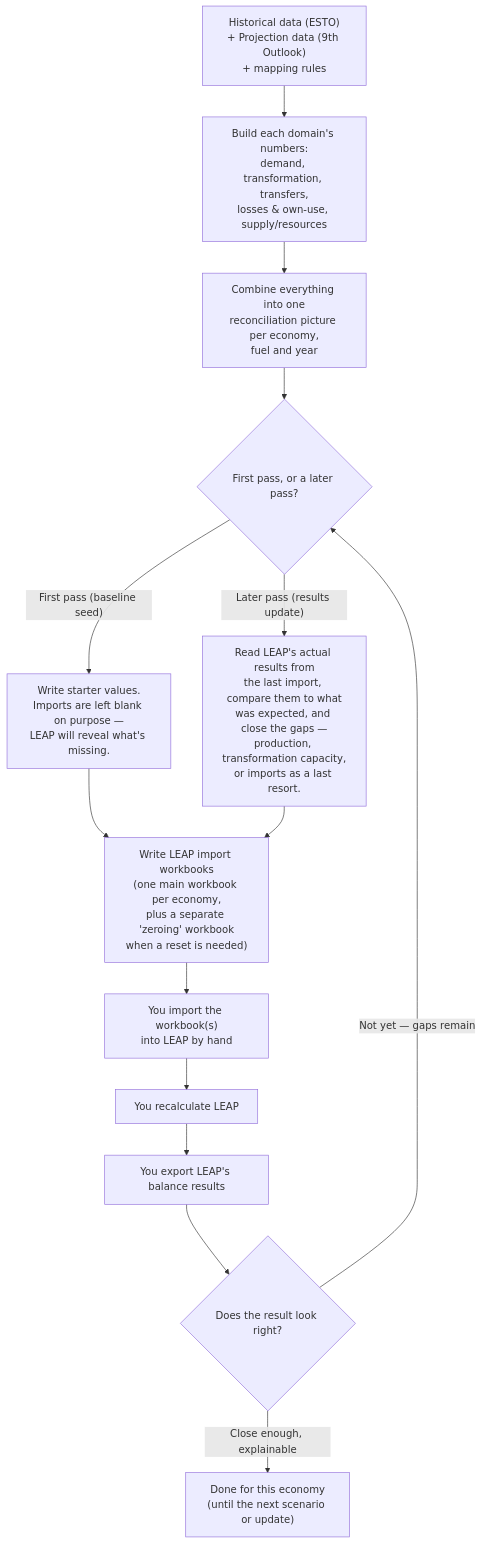
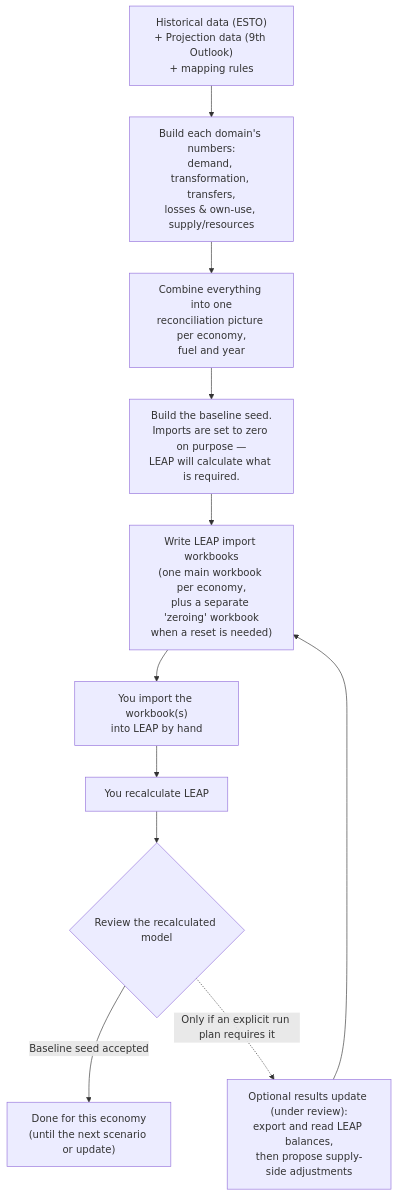
One commit to asia-pacific-energy-research-centre/leap_initialisation changed the diagram in docs/process_map_human.md. Above: the diagram before and after it, drawn with Mermaid. The commit also changed other lines of this file and 14 other files, not shown here.

First line of the commit message:
codex: clarify baseline-seed documentation

````diff
--- a/docs/process_map_human.md
+++ b/docs/process_map_human.md
@@ -40,16 +42,13 @@
 ```mermaid
 flowchart TD
     A["Historical data (ESTO)<br/>+ Projection data (9th Outlook)<br/>+ mapping rules"] --> B["Build each domain's numbers:<br/>demand, transformation, transfers,<br/>losses & own-use, supply/resources"]
     B --> C["Combine everything into one<br/>reconciliation picture per economy,<br/>fuel and year"]
-    C --> D{"First pass, or a later pass?"}
-    D -->|"First pass (baseline seed)"| E["Write starter values.<br/>Imports are left blank on purpose —<br/>LEAP will reveal what's missing."]
-    D -->|"Later pass (results update)"| F["Read LEAP's actual results from<br/>the last import, compare them to what<br/>was expected, and close the gaps —<br/>production, transformation capacity,<br/>or imports as a last resort."]
+    C --> E["Build the baseline seed.<br/>Imports are set to zero on purpose —<br/>LEAP will calculate what is required."]
     E --> G["Write LEAP import workbooks<br/>(one main workbook per economy,<br/>plus a separate 'zeroing' workbook<br/>when a reset is needed)"]
-    F --> G
     G --> H["You import the workbook(s)<br/>into LEAP by hand"]
     H --> I["You recalculate LEAP"]
-    I --> J["You export LEAP's balance results"]
-    J --> K{"Does the result look right?"}
-    K -->|"Not yet — gaps remain"| D
-    K -->|"Close enough, explainable"| L["Done for this economy<br/>(until the next scenario or update)"]
+    I --> K{"Review the recalculated model"}
+    K -->|"Baseline seed accepted"| L["Done for this economy<br/>(until the next scenario or update)"]
+    K -.->|Only if an explicit run plan requires it| F["Optional results update (under review):<br/>export and read LEAP balances,<br/>then propose supply-side adjustments"]
+    F --> G
 ```
````
